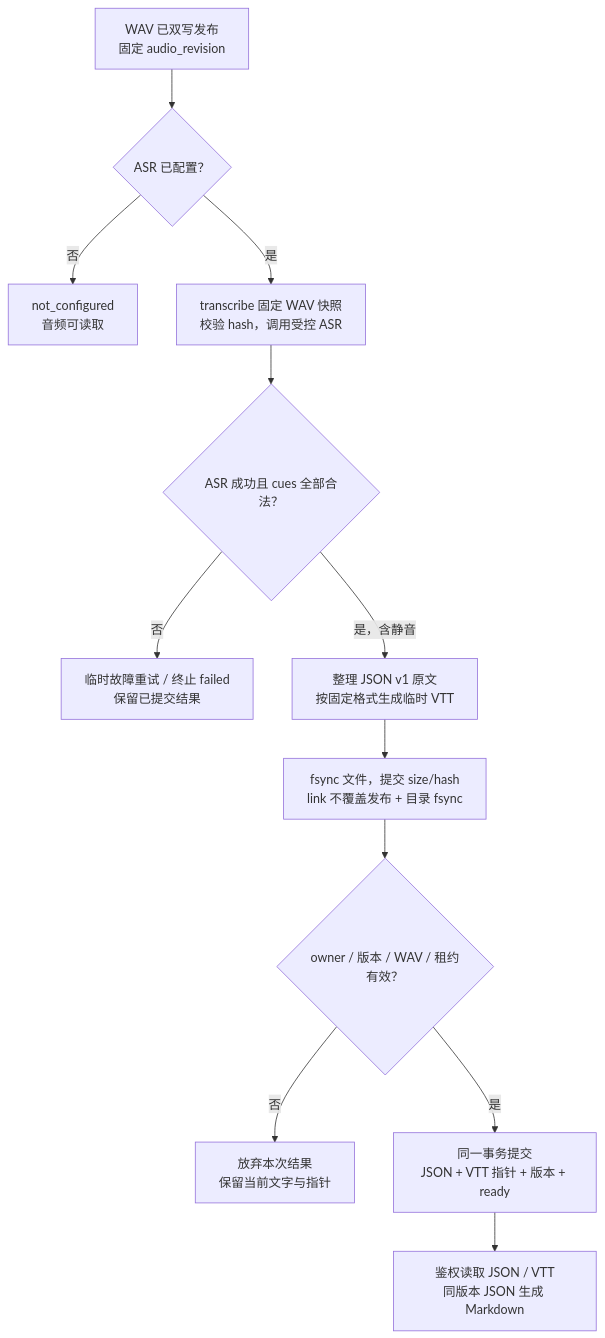
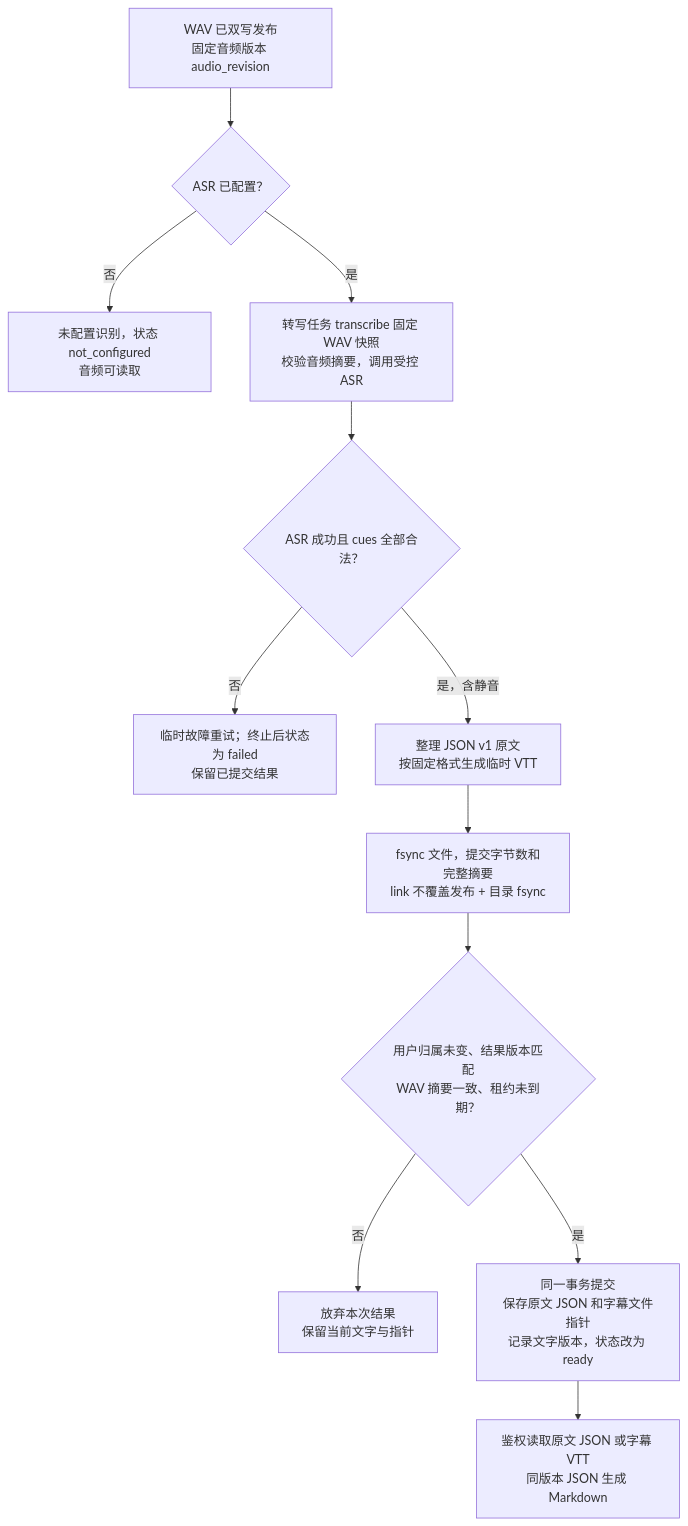
The second of 3 diagrams in docs/audio-processing.md (boboliu-1010/speaker), drawn with Mermaid before and after one commit. The commit also changed other lines of this file and 5 other files, not shown here.

Commit message:
docs: explain diagram modules fields and publication boundaries

````diff
--- a/docs/audio-processing.md
+++ b/docs/audio-processing.md
@@ -359,14 +359,14 @@
 ```mermaid
 flowchart TD
-    A["WAV 已双写发布<br/>固定 audio_revision"] --> B{"ASR 已配置？"}
-    B -->|否| C["not_configured<br/>音频可读取"]
-    B -->|是| D["transcribe 固定 WAV 快照<br/>校验 hash，调用受控 ASR"]
+    A["WAV 已双写发布<br/>固定音频版本 audio_revision"] --> B{"ASR 已配置？"}
+    B -->|否| C["未配置识别，状态 not_configured<br/>音频可读取"]
+    B -->|是| D["转写任务 transcribe 固定 WAV 快照<br/>校验音频摘要，调用受控 ASR"]
     D --> E{"ASR 成功且 cues 全部合法？"}
-    E -->|否| X["临时故障重试 / 终止 failed<br/>保留已提交结果"]
+    E -->|否| X["临时故障重试；终止后状态为 failed<br/>保留已提交结果"]
     E -->|是，含静音| F["整理 JSON v1 原文<br/>按固定格式生成临时 VTT"]
-    F --> G["fsync 文件，提交 size/hash<br/>link 不覆盖发布 + 目录 fsync"]
-    G --> H{"owner / 版本 / WAV / 租约有效？"}
+    F --> G["fsync 文件，提交字节数和完整摘要<br/>link 不覆盖发布 + 目录 fsync"]
+    G --> H{"用户归属未变、结果版本匹配<br/>WAV 摘要一致、租约未到期？"}
     H -->|否| Y["放弃本次结果<br/>保留当前文字与指针"]
-    H -->|是| I["同一事务提交<br/>JSON + VTT 指针 + 版本 + ready"]
-    I --> J["鉴权读取 JSON / VTT<br/>同版本 JSON 生成 Markdown"]
+    H -->|是| I["同一事务提交<br/>保存原文 JSON 和字幕文件指针<br/>记录文字版本，状态改为 ready"]
+    I --> J["鉴权读取原文 JSON 或字幕 VTT<br/>同版本 JSON 生成 Markdown"]
 ```
````
